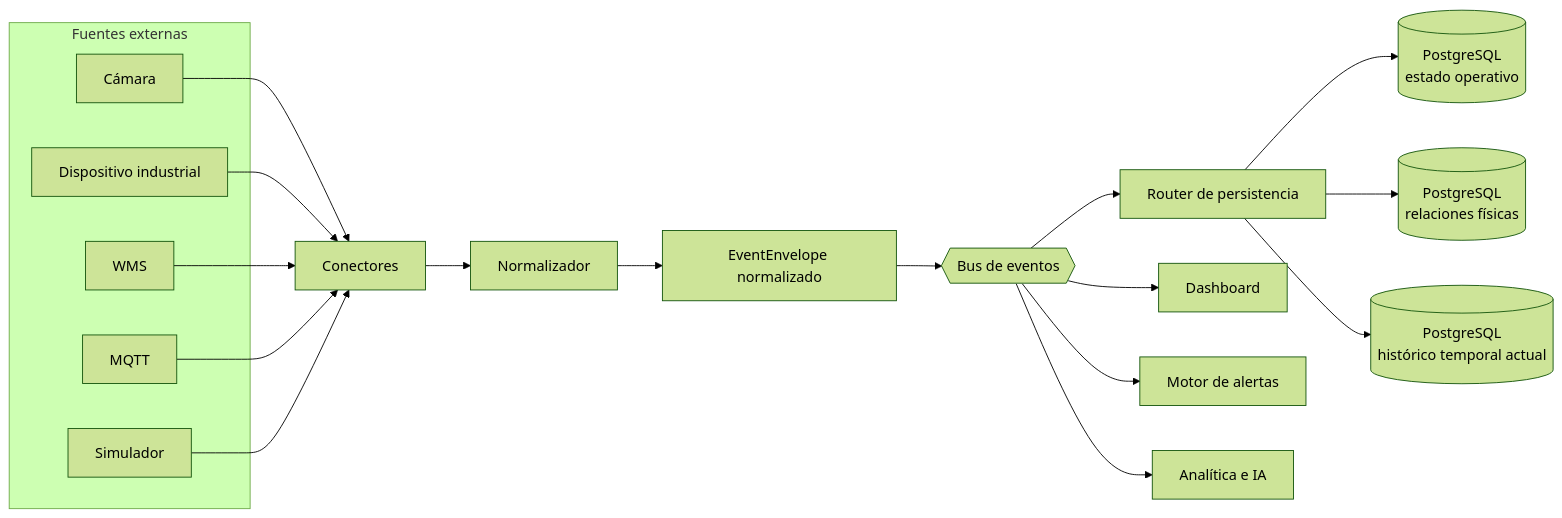
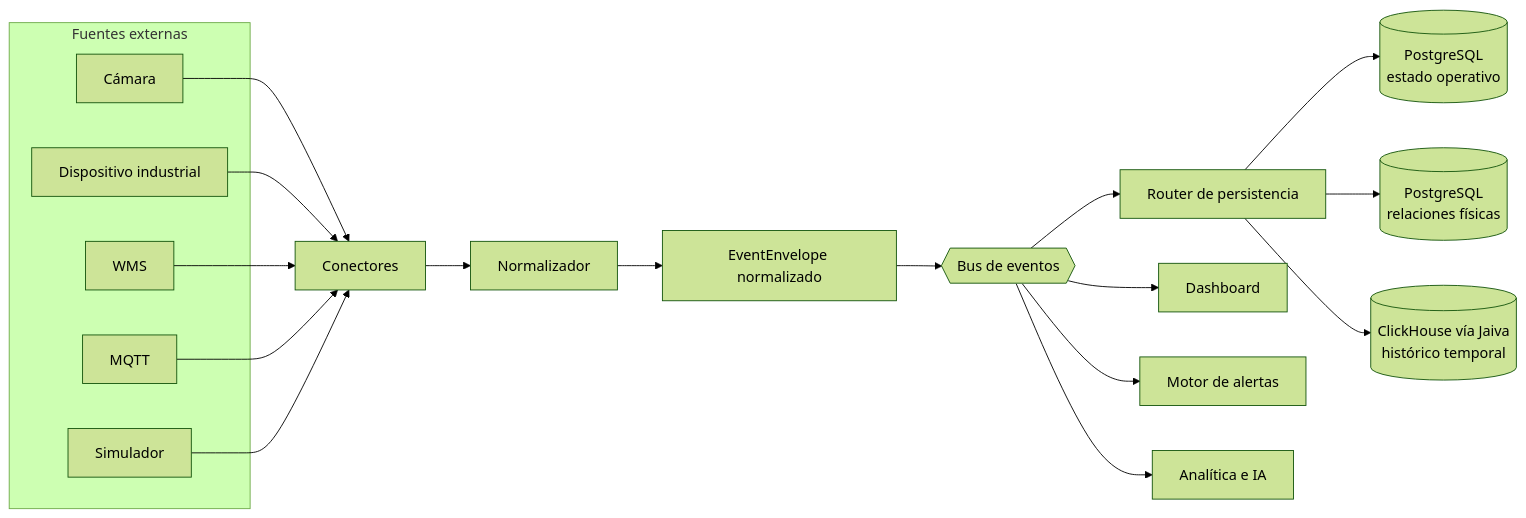
One commit to dfr2098/broder changed the first of 9 diagrams in core/rs/ARCHITECTURE.md. Above: the diagram before and after it, drawn with Mermaid (forest theme). The commit also changed other lines of this file and 28 other files, not shown here.

First line of the commit message:
Replace PostgreSQL temporal store with ClickHouse via Jaiva.

````diff
--- a/core/rs/ARCHITECTURE.md
+++ b/core/rs/ARCHITECTURE.md
@@ -18,29 +18,29 @@
 ```mermaid
 flowchart LR
     subgraph Fuentes[Fuentes externas]
         CAM[Cámara]
         DEV[Dispositivo industrial]
         WMS[WMS]
         MQTT[MQTT]
         SIM[Simulador]
     end
 
     CAM --> CON[Conectores]
     DEV --> CON
     WMS --> CON
     MQTT --> CON
     SIM --> CON
 
     CON --> NOR[Normalizador]
     NOR --> ENV[EventEnvelope normalizado]
     ENV --> BUS{{Bus de eventos}}
 
     BUS --> PER[Router de persistencia]
     BUS --> DASH[Dashboard]
     BUS --> ALT[Motor de alertas]
     BUS --> ANA[Analítica e IA]
 
     PER --> PG[(PostgreSQL<br/>estado operativo)]
     PER --> REL[(PostgreSQL<br/>relaciones físicas)]
-    PER --> TEMP[(PostgreSQL<br/>histórico temporal actual)]
+    PER --> TEMP[(ClickHouse vía Jaiva<br/>histórico temporal)]
 ```
````
